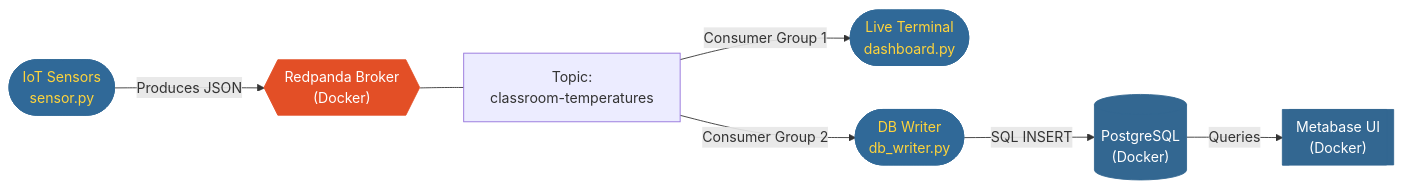
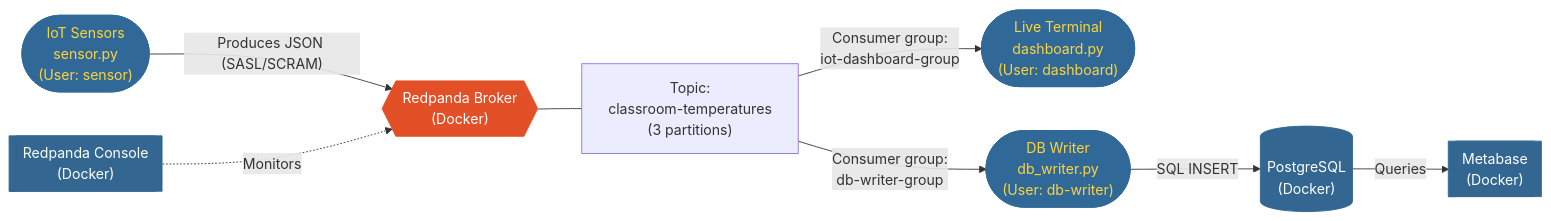
Before and after one commit to edgnunez/iot-redpanda-pipeline: the diagram in README.md, drawn with Mermaid.

Commit message:
Enhance README architecture diagram details
Updated architecture diagram with additional details about user roles and improved flow descriptions.

````diff
--- a/README.md
+++ b/README.md
@@ -18,28 +18,27 @@
 ```mermaid
 flowchart LR
-  %% Define Nodes
-  Sensors(["IoT Sensors<br/>sensor.py"])
+  Sensors(["IoT Sensors<br/>sensor.py<br/>(User: sensor)"])
   Broker{{"Redpanda Broker<br/>(Docker)"}}
-  Topic["Topic:<br/>classroom-temperatures"]
-  Dashboard(["Live Terminal<br/>dashboard.py"])
-  DBWriter(["DB Writer<br/>db_writer.py"])
+  Topic["Topic:<br/>classroom-temperatures<br/>(3 partitions)"]
+  Dashboard(["Live Terminal<br/>dashboard.py<br/>(User: dashboard)"])
+  DBWriter(["DB Writer<br/>db_writer.py<br/>(User: db-writer)"])
   DB[("PostgreSQL<br/>(Docker)")]
-  UI[["Metabase UI<br/>(Docker)"]]
+  UI[["Metabase<br/>(Docker)"]]
+  Console[["Redpanda Console<br/>(Docker)"]]
 
-  %% Define Flow
-  Sensors -- Produces JSON --> Broker
+  Sensors -- "Produces JSON (SASL/SCRAM)" --> Broker
   Broker --- Topic
-  Topic -- Consumer Group 1 --> Dashboard
-  Topic -- Consumer Group 2 --> DBWriter
+  Topic -- "Consumer group:<br/>iot-dashboard-group" --> Dashboard
+  Topic -- "Consumer group:<br/>db-writer-group" --> DBWriter
   DBWriter -- SQL INSERT --> DB
   DB -- Queries --> UI
+  Console -. Monitors .-> Broker
 
-  %% Styling
   classDef python fill:#306998,color:#FFD43B,stroke:#306998
   classDef data fill:#336791,color:#fff,stroke:#336791
   classDef broker fill:#E34F26,color:#fff,stroke:#E34F26
 
   class Sensors,Dashboard,DBWriter python
-  class DB,UI data
+  class DB,UI,Console data
   class Broker broker
 ```
````
